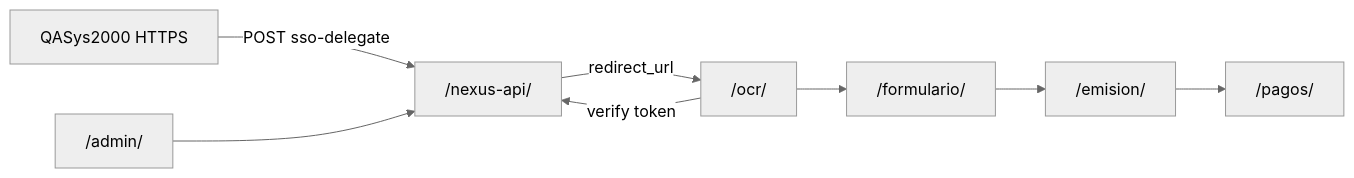
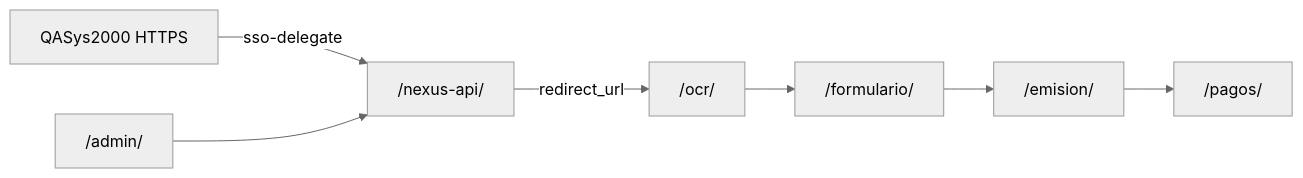
One commit to jsotoexelixitech/exelixi-nexus-services changed the diagram in docs/CIERRELMDS-HTTPS-PREFIJOS.md. Above: the diagram before and after it, drawn with Mermaid (neutral theme). The commit also changed other lines of this file and 1 other file, not shown here.

First line of the commit message:
docs(cierrelmds): prefijo publico api-docs-nest-api para nest-api Swagger

````diff
--- a/docs/CIERRELMDS-HTTPS-PREFIJOS.md
+++ b/docs/CIERRELMDS-HTTPS-PREFIJOS.md
@@ -126,10 +148,9 @@
 ```mermaid
 flowchart LR
-  QASys[QASys2000 HTTPS] -->|POST sso-delegate| NexusAPI["/nexus-api/"]
+  QASys[QASys2000 HTTPS] -->|sso-delegate| NexusAPI["/nexus-api/"]
   NexusAPI -->|redirect_url| OCR["/ocr/"]
-  OCR -->|verify token| NexusAPI
   OCR --> Form["/formulario/"]
   Form --> Emision["/emision/"]
   Emision --> Pagos["/pagos/"]
   Admin["/admin/"] --> NexusAPI
 ```
````
